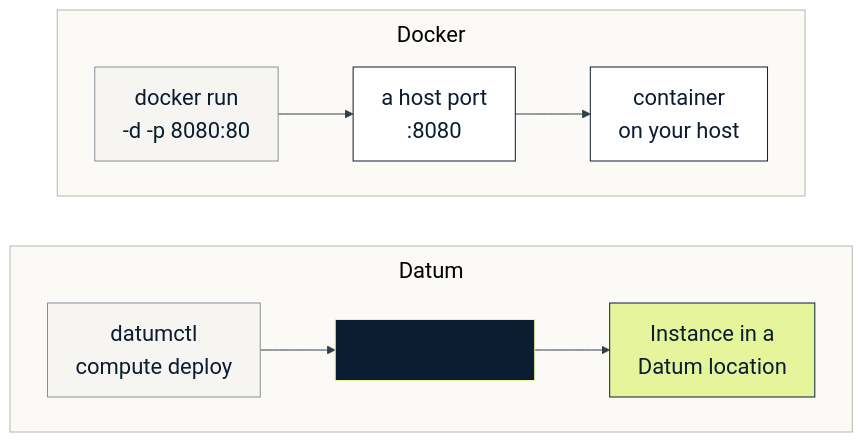
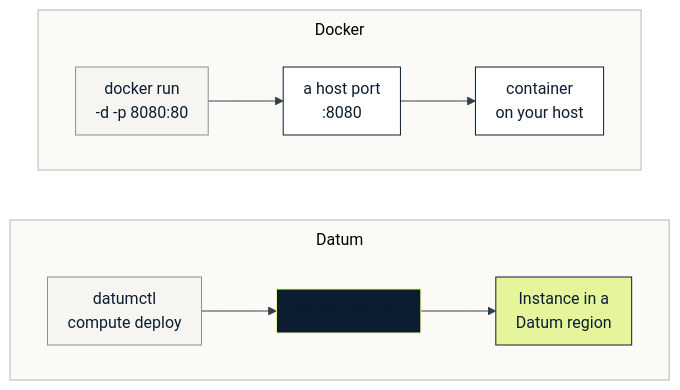
Before and after one commit to datum-labs/shorts: the diagram in assets/datumctl-docker-podman/01-same-command.md, drawn with Mermaid. The commit also changed 12 other files, not shown here.

First line of the commit message:
shorts(compute): use regions instead of city names, shrink diagrams

````diff
--- a/assets/datumctl-docker-podman/01-same-command.md
+++ b/assets/datumctl-docker-podman/01-same-command.md
@@ -5,53 +5,53 @@
 ```mermaid
 ---
 config:
   theme: base
   flowchart:
-    wrappingWidth: 420
-    padding: 14
+    wrappingWidth: 300
+    padding: 10
     subGraphTitleMargin:
       top: 8
       bottom: 14
   themeVariables:
     fontFamily: "DejaVu Sans, Verdana, sans-serif"
-    fontSize: "22px"
+    fontSize: "16px"
     primaryColor: "#F6F5F1"
     primaryTextColor: "#0C1D31"
     primaryBorderColor: "#0C1D31"
     lineColor: "#2F3F48"
     clusterBkg: "#FBFAF7"
     clusterBorder: "#B9B5AC"
     labelBackground: "#F6F5F1"
     edgeLabelBackground: "#F6F5F1"
     mainBkg: "#F6F5F1"
 ---
 flowchart TB
   subgraph DK["Docker"]
     direction LR
     dc["docker run<br/>-d -p 8080:80"]:::cream
     dp["a host port<br/>:8080"]
     dx["container<br/>on your host"]
     dc --> dp --> dx
   end
   subgraph DT["Datum"]
     direction LR
     tc["datumctl<br/>compute deploy"]:::cream
     tu["an HTTPS URL"]
-    ti["Instance in a<br/>Datum location"]
+    ti["Instance in a<br/>Datum region"]
     tc --> tu --> ti
   end
   DK ~~~ DT
   class dp,dx iwhite
   class tu inavy
   class ti ilime
   classDef navy fill:#0C1D31,stroke:#0C1D31,color:#F6F5F1
   classDef pink fill:#EBCFD2,stroke:#B5605E,color:#0C1D31
   classDef lime fill:#E6F59B,stroke:#7C8A2E,color:#0C1D31
   classDef cream fill:#F6F5F1,stroke:#8A8E99,color:#0C1D31
   classDef bad fill:#F7D4D2,stroke:#B5605E,color:#7A1F1A,stroke-width:2px
   classDef good fill:#E6F59B,stroke:#5E6B1E,color:#0C1D31,stroke-width:2px
   classDef inavy fill:#0C1D31,stroke:#E6F59B,color:#0C1D31
   classDef ipink fill:#EBCFD2,stroke:#B5605E,color:#0C1D31
   classDef ilime fill:#E6F59B,stroke:#0C1D31,color:#0C1D31
   classDef iwhite fill:#FFFFFF,stroke:#0C1D31,color:#0C1D31
 ```
````
